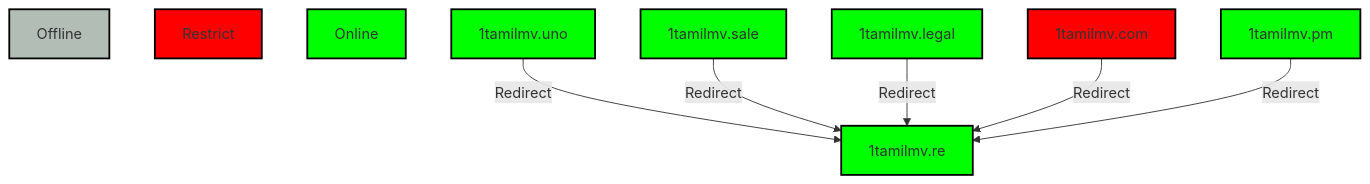
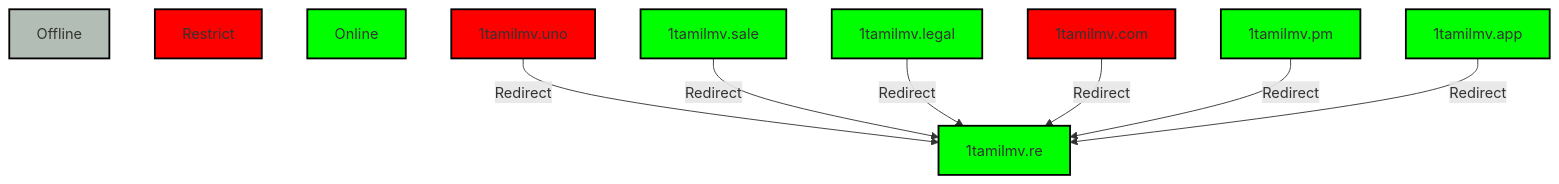
Before and after one commit to Tpj-root/SiteEvolution: the diagram in README.md, drawn with Mermaid. The commit also changed other lines of this file and 18 other files, not shown here.

````diff
--- a/README.md
+++ b/README.md
@@ -437,22 +448,24 @@
 ```mermaid
 graph TD;
     style A fill:#B2BEB5,stroke:#000,stroke-width:2px;
     style R fill:#f00,stroke:#000,stroke-width:2px;
     style G fill:#0f0,stroke:#000,stroke-width:2px;
-    style G1 fill:#0f0,stroke:#000,stroke-width:2px;
+    style G1 fill:#f00,stroke:#000,stroke-width:2px;
     style G2 fill:#0f0,stroke:#000,stroke-width:2px;
     style G3 fill:#0f0,stroke:#000,stroke-width:2px;
     style G4 fill:#f00,stroke:#000,stroke-width:2px;
     style G5 fill:#0f0,stroke:#000,stroke-width:2px;
     style G6 fill:#0f0,stroke:#000,stroke-width:2px;
+    style G7 fill:#0f0,stroke:#000,stroke-width:2px;
     
     
     G[Online]
     A[Offline]
     R[Restrict]
     G1[1tamilmv.uno] -->|Redirect| G5[1tamilmv.re]
     G2[1tamilmv.sale] -->|Redirect| G5[1tamilmv.re]
     G3[1tamilmv.legal] -->|Redirect| G5[1tamilmv.re]
     G4[1tamilmv.com] -->|Redirect| G5[1tamilmv.re]
     G6[1tamilmv.pm] -->|Redirect| G5[1tamilmv.re]
+    G7[1tamilmv.app] -->|Redirect| G5[1tamilmv.re]
 ```
````
